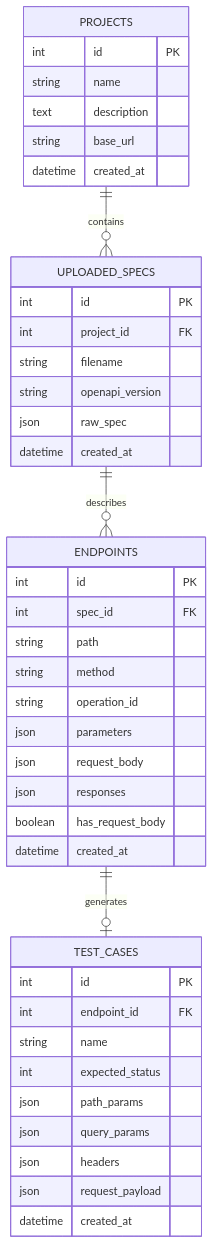
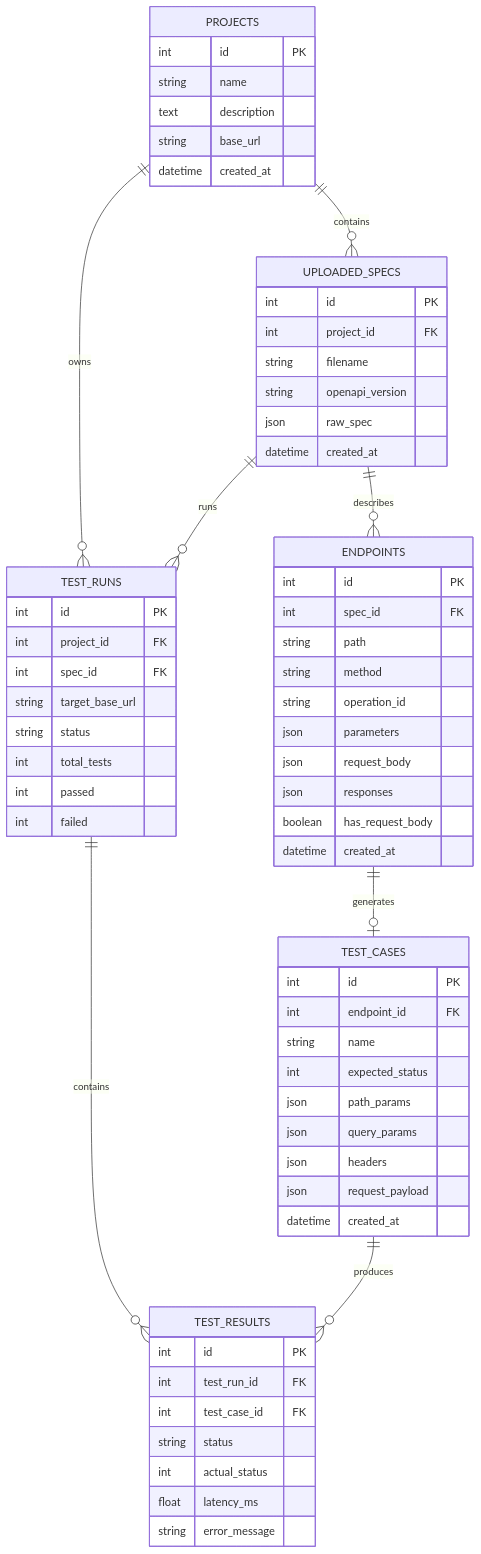
One commit to AdityaT360/specpulse changed the second of 3 diagrams in ARCHITECTURE.md. Above: the diagram before and after it, drawn with Mermaid. The commit also changed other lines of this file and 15 other files, not shown here.

First line of the commit message:
Add async test runs with Celery

````diff
--- a/ARCHITECTURE.md
+++ b/ARCHITECTURE.md
@@ -47,45 +54,68 @@
 ```mermaid
 erDiagram
     PROJECTS {
         int id PK
         string name
         text description
         string base_url
         datetime created_at
     }
     UPLOADED_SPECS {
         int id PK
         int project_id FK
         string filename
         string openapi_version
         json raw_spec
         datetime created_at
     }
     ENDPOINTS {
         int id PK
         int spec_id FK
         string path
         string method
         string operation_id
         json parameters
         json request_body
         json responses
         boolean has_request_body
         datetime created_at
     }
     TEST_CASES {
         int id PK
         int endpoint_id FK
         string name
         int expected_status
         json path_params
         json query_params
         json headers
         json request_payload
         datetime created_at
     }
+    TEST_RUNS {
+        int id PK
+        int project_id FK
+        int spec_id FK
+        string target_base_url
+        string status
+        int total_tests
+        int passed
+        int failed
+    }
+    TEST_RESULTS {
+        int id PK
+        int test_run_id FK
+        int test_case_id FK
+        string status
+        int actual_status
+        float latency_ms
+        string error_message
+    }
 
     PROJECTS ||--o{ UPLOADED_SPECS : contains
     UPLOADED_SPECS ||--o{ ENDPOINTS : describes
     ENDPOINTS ||--o| TEST_CASES : generates
+    PROJECTS ||--o{ TEST_RUNS : owns
+    UPLOADED_SPECS ||--o{ TEST_RUNS : runs
+    TEST_RUNS ||--o{ TEST_RESULTS : contains
+    TEST_CASES ||--o{ TEST_RESULTS : produces
 ```
````
